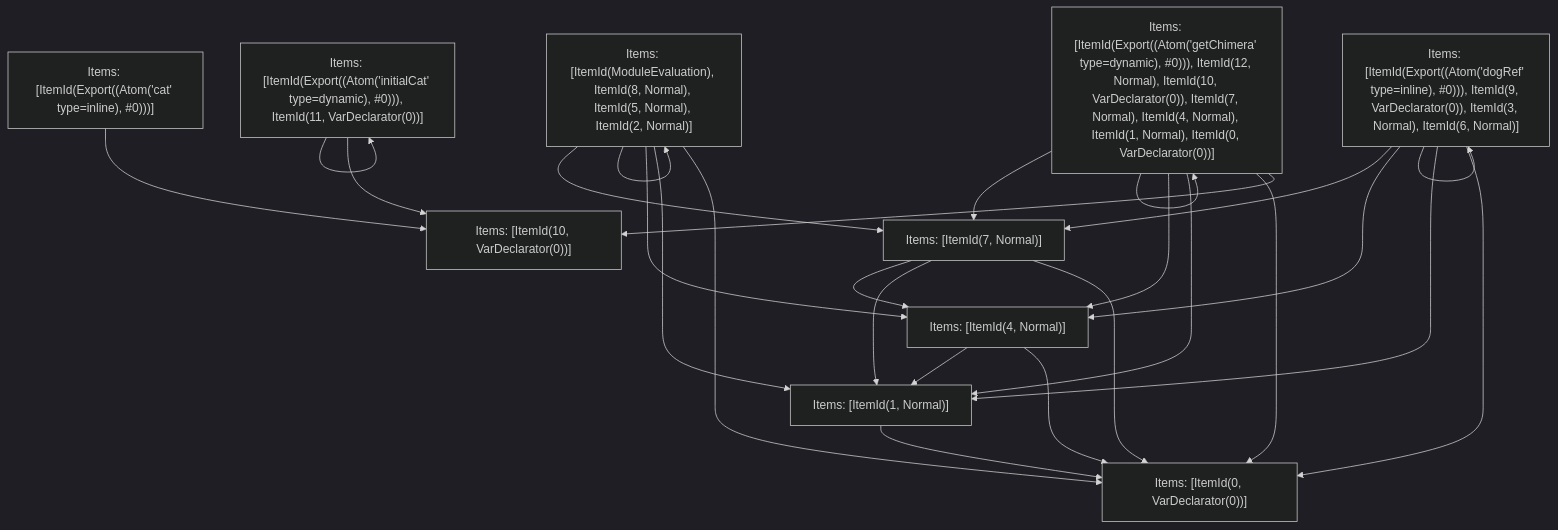
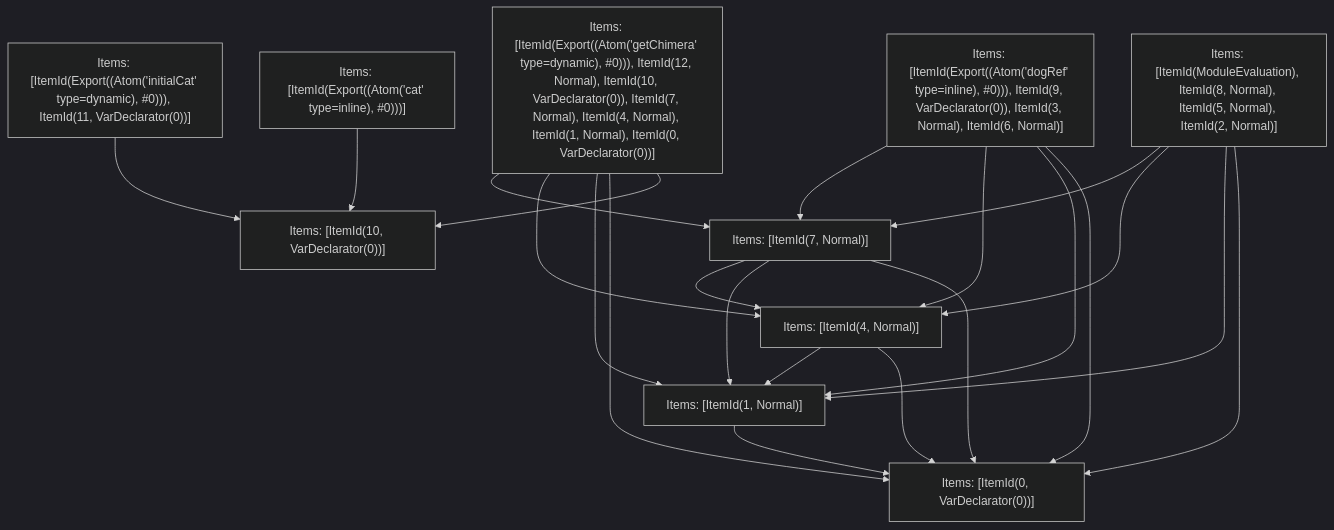
The fifth of 5 diagrams in crates/turbopack-ecmascript/tests/tree-shaker/analyzer/complex/output.md (vercel/turborepo), drawn with Mermaid (dark theme) before and after one commit. The commit also changed 3 other files, not shown here.

````diff
--- a/crates/turbopack-ecmascript/tests/tree-shaker/analyzer/complex/output.md
+++ b/crates/turbopack-ecmascript/tests/tree-shaker/analyzer/complex/output.md
@@ -383,38 +383,34 @@
 ```mermaid
 graph TD
     N0["Items: [ItemId(ModuleEvaluation), ItemId(8, Normal), ItemId(5, Normal), ItemId(2, Normal)]"];
     N1["Items: [ItemId(Export((Atom('dogRef' type=inline), #0))), ItemId(9, VarDeclarator(0)), ItemId(3, Normal), ItemId(6, Normal)]"];
     N2["Items: [ItemId(Export((Atom('cat' type=inline), #0)))]"];
     N3["Items: [ItemId(Export((Atom('initialCat' type=dynamic), #0))), ItemId(11, VarDeclarator(0))]"];
     N4["Items: [ItemId(Export((Atom('getChimera' type=dynamic), #0))), ItemId(12, Normal), ItemId(10, VarDeclarator(0)), ItemId(7, Normal), ItemId(4, Normal), ItemId(1, Normal), ItemId(0, VarDeclarator(0))]"];
     N5["Items: [ItemId(0, VarDeclarator(0))]"];
     N6["Items: [ItemId(1, Normal)]"];
     N7["Items: [ItemId(4, Normal)]"];
     N8["Items: [ItemId(7, Normal)]"];
     N9["Items: [ItemId(10, VarDeclarator(0))]"];
-    N0 --> N0;
     N0 --> N5;
     N0 --> N6;
     N0 --> N7;
     N0 --> N8;
-    N1 --> N1;
     N1 --> N5;
     N1 --> N6;
     N1 --> N7;
     N1 --> N8;
     N2 --> N9;
-    N3 --> N3;
     N3 --> N9;
-    N4 --> N4;
     N4 --> N9;
     N4 --> N5;
     N4 --> N6;
     N4 --> N7;
     N4 --> N8;
     N6 --> N5;
     N7 --> N5;
     N7 --> N6;
     N8 --> N5;
     N8 --> N6;
     N8 --> N7;
 ```
````
